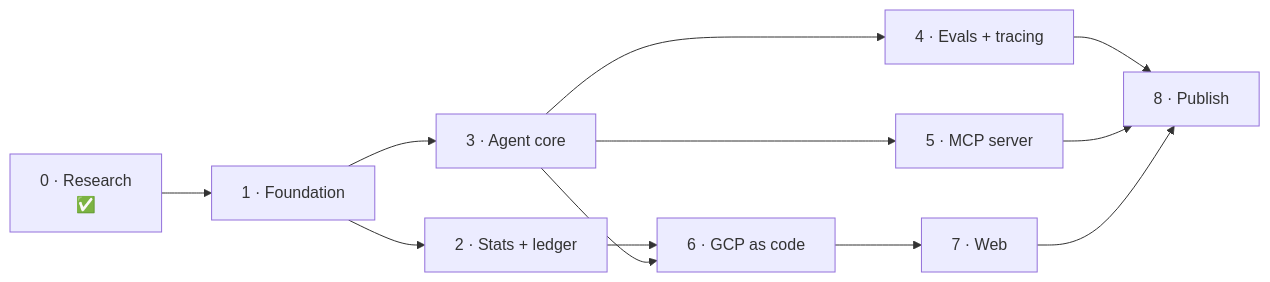
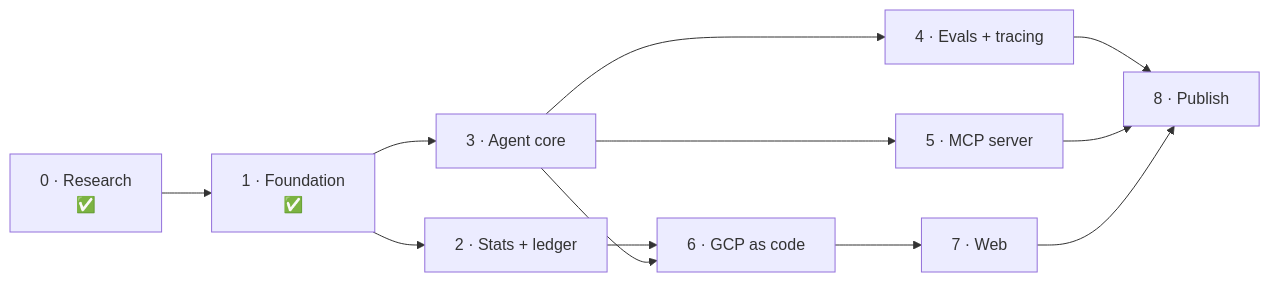
The third of 4 diagrams in README.md (kb2326/calibrated-health-agent), drawn with Mermaid before and after one commit. The commit also changed other lines of this file and 3 other files, not shown here.

````diff
--- a/README.md
+++ b/README.md
@@ -128,14 +128,14 @@
 ```mermaid
 flowchart LR
-  P0["0 · Research<br/>✅"] --> P1["1 · Foundation"]
+  P0["0 · Research<br/>✅"] --> P1["1 · Foundation<br/>✅"]
   P1 --> P2["2 · Stats + ledger"]
   P1 --> P3["3 · Agent core"]
   P3 --> P4["4 · Evals + tracing"]
   P3 --> P5["5 · MCP server"]
   P2 --> P6["6 · GCP as code"]
   P3 --> P6
   P6 --> P7["7 · Web"]
   P4 --> P8["8 · Publish"]
   P5 --> P8
   P7 --> P8
 ```
````
